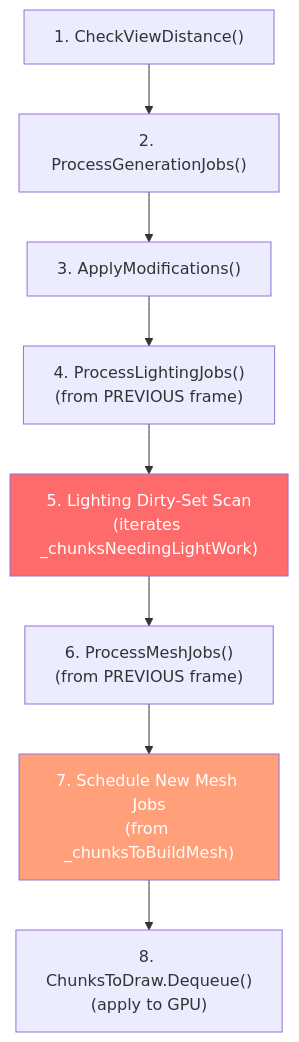
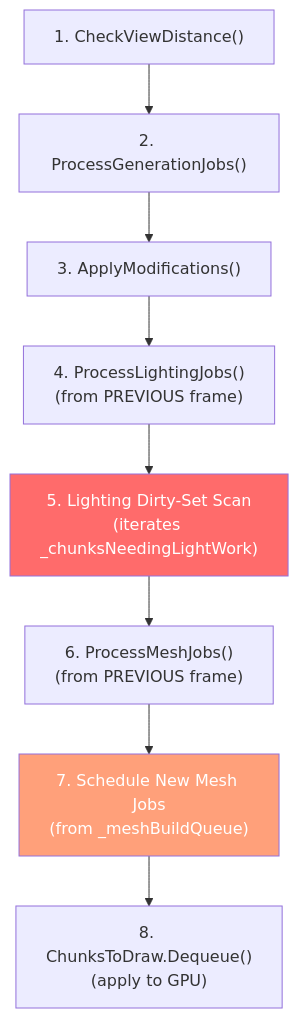
Before and after one commit to A-Van-Gestel/Unity-Minecraft_Clone: the second of 8 diagrams in Documentation/Architecture/CHUNK_LIFECYCLE_PIPELINE.md, drawn with Mermaid. The commit also changed other lines of this file and 7 other files, not shown here.

Commit message:
Perf: O(1) mesh queue via new MeshBuildQueue pooled intrusive list [MT-1]

````diff
--- a/Documentation/Architecture/CHUNK_LIFECYCLE_PIPELINE.md
+++ b/Documentation/Architecture/CHUNK_LIFECYCLE_PIPELINE.md
@@ -134,12 +134,12 @@
 ```mermaid
 flowchart TD
     A["1. CheckViewDistance()"] --> B["2. ProcessGenerationJobs()"]
     B --> C["3. ApplyModifications()"]
     C --> D["4. ProcessLightingJobs()<br/>(from PREVIOUS frame)"]
     D --> E["5. Lighting Dirty-Set Scan<br/>(iterates _chunksNeedingLightWork)"]
     E --> F["6. ProcessMeshJobs()<br/>(from PREVIOUS frame)"]
-    F --> G["7. Schedule New Mesh Jobs<br/>(from _chunksToBuildMesh)"]
+    F --> G["7. Schedule New Mesh Jobs<br/>(from _meshBuildQueue)"]
     G --> H["8. ChunksToDraw.Dequeue()<br/>(apply to GPU)"]
     style E fill: #ff6b6b, color: #fff
     style G fill: #ffa07a, color: #fff
 ```
````
